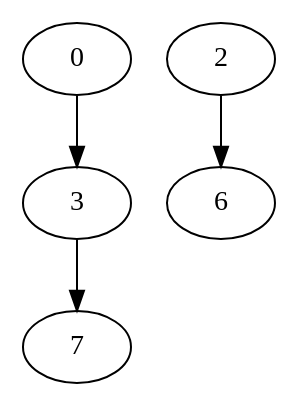
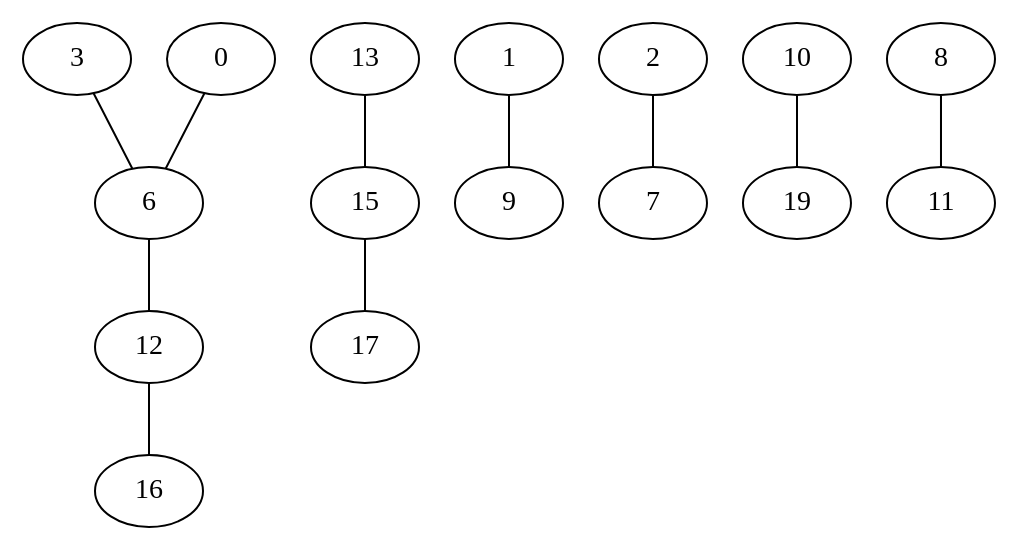
Before and after one commit to nyiyui/parallel-coloring: the diagram in graph.dot, drawn with Graphviz. The commit also changed 6 other files, not shown here.

```diff
--- a/graph.dot
+++ b/graph.dot
@@ -1,5 +1,12 @@
-digraph G {
-  0 -> 3 ;
-  2 -> 6 ;
-  3 -> 7 ;
+graph G {
+  3 -- 6;
+  15 -- 17;
+  13 -- 15;
+  6 -- 12;
+  1 -- 9;
+  2 -- 7;
+  10 -- 19;
+  0 -- 6;
+  12 -- 16;
+  8 -- 11;
 }
```
